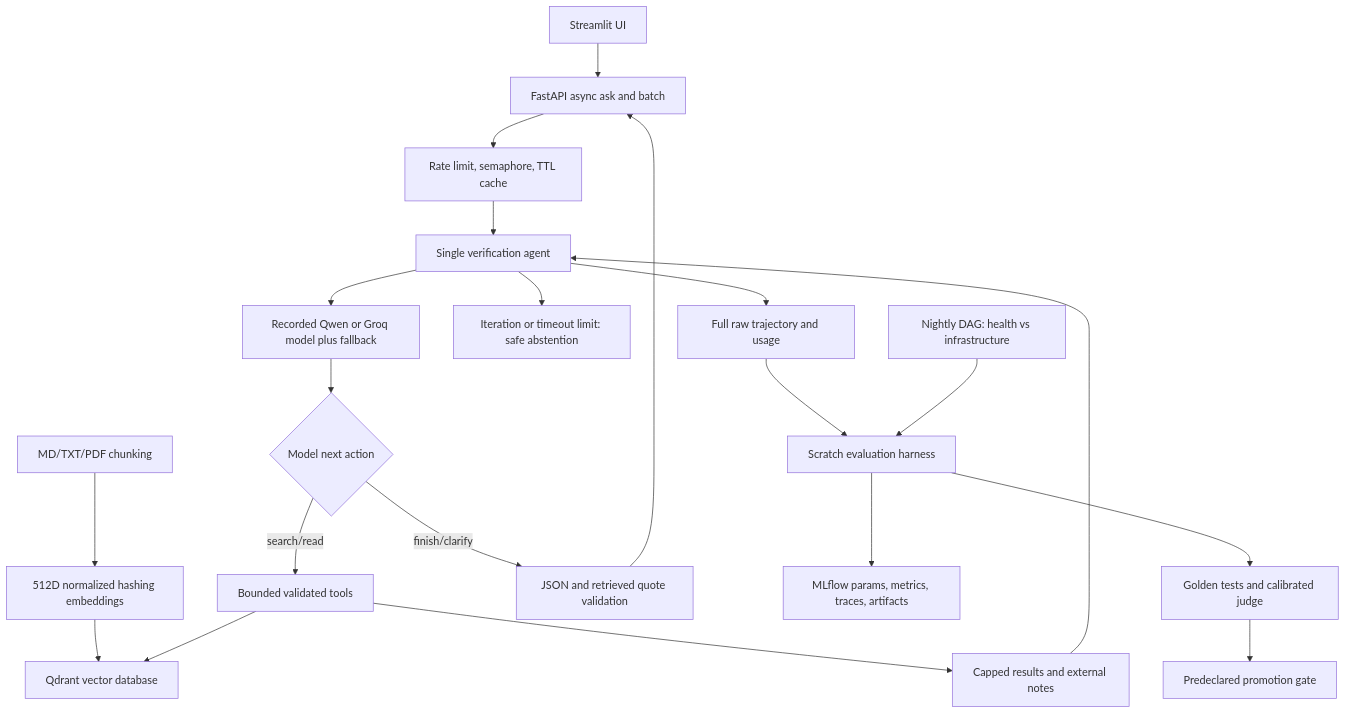
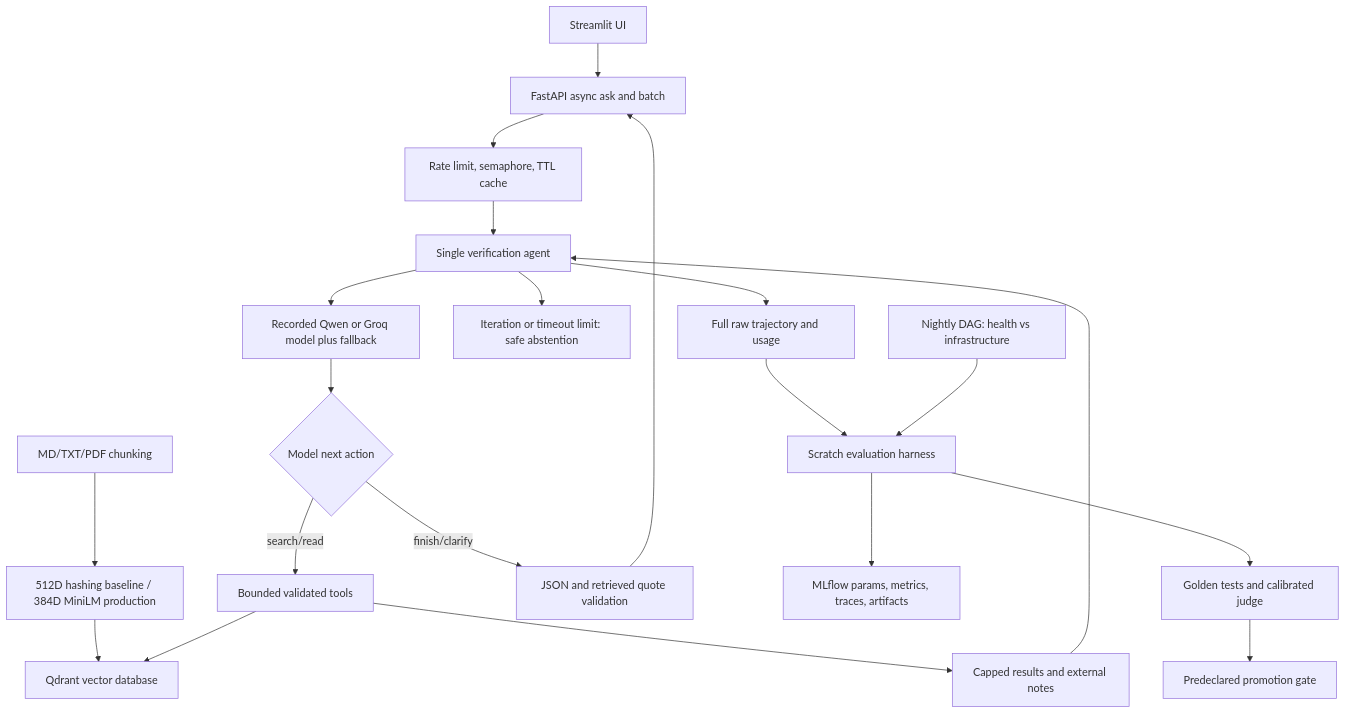
The diagram in README.md (shkroyas/Ai_Assistant_MLops), drawn with Mermaid before and after one commit. The commit also changed other lines of this file and 3 other files, not shown here.

````diff
--- a/README.md
+++ b/README.md
@@ -145,23 +161,23 @@
 ```mermaid
 flowchart TD
   UI[Streamlit UI] --> API[FastAPI async ask and batch]
   API --> Admission[Rate limit, semaphore, TTL cache]
   Admission --> Agent[Single verification agent]
   Agent --> Model[Recorded Qwen or Groq model plus fallback]
   Model --> Decision{Model next action}
   Decision -->|search/read| Tools[Bounded validated tools]
-  Docs[MD/TXT/PDF chunking] --> Embeddings[512D normalized hashing embeddings]
+  Docs[MD/TXT/PDF chunking] --> Embeddings[512D hashing baseline / 384D MiniLM production]
   Embeddings --> Qdrant[Qdrant vector database]
   Tools --> Qdrant
   Tools --> Notes[Capped results and external notes]
   Notes --> Agent
   Decision -->|finish/clarify| Validate[JSON and retrieved quote validation]
   Validate --> API
   Agent --> Budget[Iteration or timeout limit: safe abstention]
   Agent --> Trace[Full raw trajectory and usage]
   Trace --> Harness[Scratch evaluation harness]
   Harness --> MLflow[MLflow params, metrics, traces, artifacts]
   Harness --> Evidently[Golden tests and calibrated judge]
   Evidently --> Gate[Predeclared promotion gate]
   Airflow[Nightly DAG: health vs infrastructure] --> Harness
 ```
````
